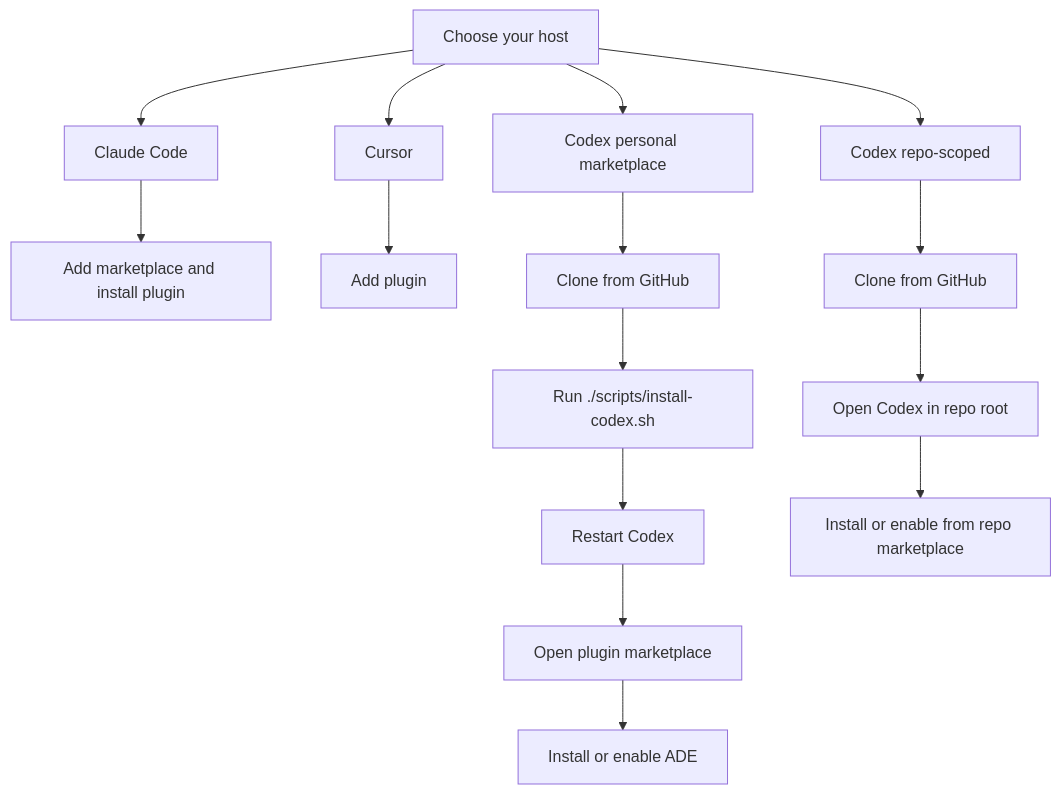
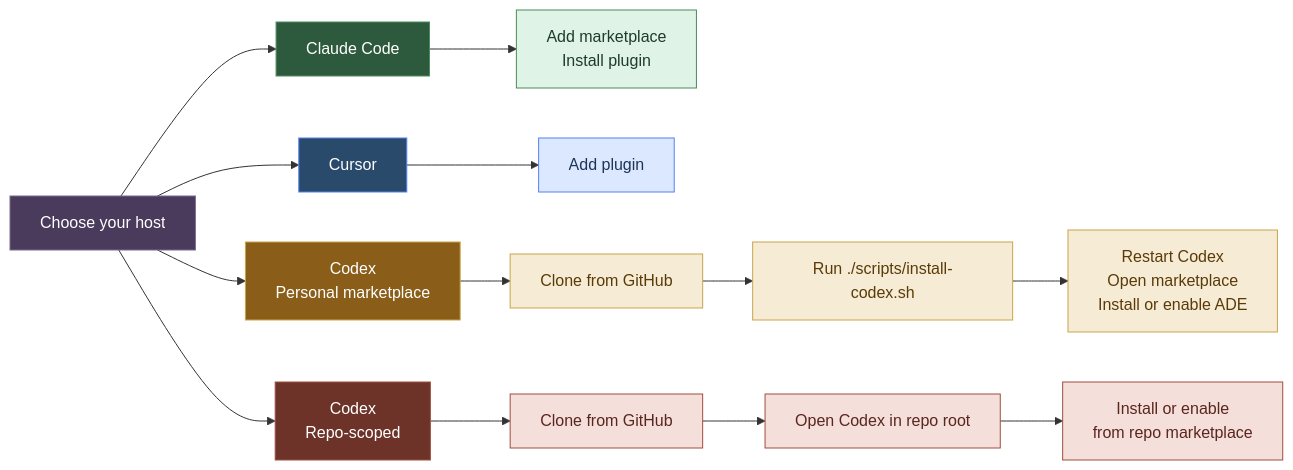
One commit to akshansh/agentic-design-engineering changed the first of 4 diagrams in README.md. Above: the diagram before and after it, drawn with Mermaid. The commit also changed other lines of this file, not shown here.

Commit message:
Polish Mermaid chart styling in README

````diff
--- a/README.md
+++ b/README.md
@@ -17,18 +17,30 @@
 ```mermaid
-flowchart TD
+flowchart LR
     Start["Choose your host"] --> Claude["Claude Code"]
     Start --> Cursor["Cursor"]
-    Start --> CodexPersonal["Codex personal marketplace"]
-    Start --> CodexRepo["Codex repo-scoped"]
+    Start --> CodexPersonal["Codex<br/>Personal marketplace"]
+    Start --> CodexRepo["Codex<br/>Repo-scoped"]
 
-    Claude --> ClaudeInstall["Add marketplace and install plugin"]
+    Claude --> ClaudeInstall["Add marketplace<br/>Install plugin"]
     Cursor --> CursorInstall["Add plugin"]
     CodexPersonal --> Clone["Clone from GitHub"]
     Clone --> Script["Run ./scripts/install-codex.sh"]
-    Script --> Restart["Restart Codex"]
-    Restart --> Marketplace["Open plugin marketplace"]
-    Marketplace --> Enable["Install or enable ADE"]
+    Script --> Enable["Restart Codex<br/>Open marketplace<br/>Install or enable ADE"]
     CodexRepo --> RepoClone["Clone from GitHub"]
     RepoClone --> OpenRepo["Open Codex in repo root"]
-    OpenRepo --> RepoEnable["Install or enable from repo marketplace"]
+    OpenRepo --> RepoEnable["Install or enable<br/>from repo marketplace"]
+
+    style Start fill:#4a3a5c,stroke:#7a6a8c,color:#fff
+    style Claude fill:#2d5a3d,stroke:#4a8c5c,color:#fff
+    style ClaudeInstall fill:#dff3e6,stroke:#4a8c5c,color:#1f3b2b
+    style Cursor fill:#2a4a6b,stroke:#5282ef,color:#fff
+    style CursorInstall fill:#dce8ff,stroke:#5282ef,color:#1e3556
+    style CodexPersonal fill:#8a5d18,stroke:#c9a44a,color:#fff
+    style Clone fill:#f6ecd5,stroke:#c9a44a,color:#5a3b08
+    style Script fill:#f6ecd5,stroke:#c9a44a,color:#5a3b08
+    style Enable fill:#f6ecd5,stroke:#c9a44a,color:#5a3b08
+    style CodexRepo fill:#6e3328,stroke:#a04d3e,color:#fff
+    style RepoClone fill:#f4dfdb,stroke:#a04d3e,color:#5a261e
+    style OpenRepo fill:#f4dfdb,stroke:#a04d3e,color:#5a261e
+    style RepoEnable fill:#f4dfdb,stroke:#a04d3e,color:#5a261e
 ```
````
